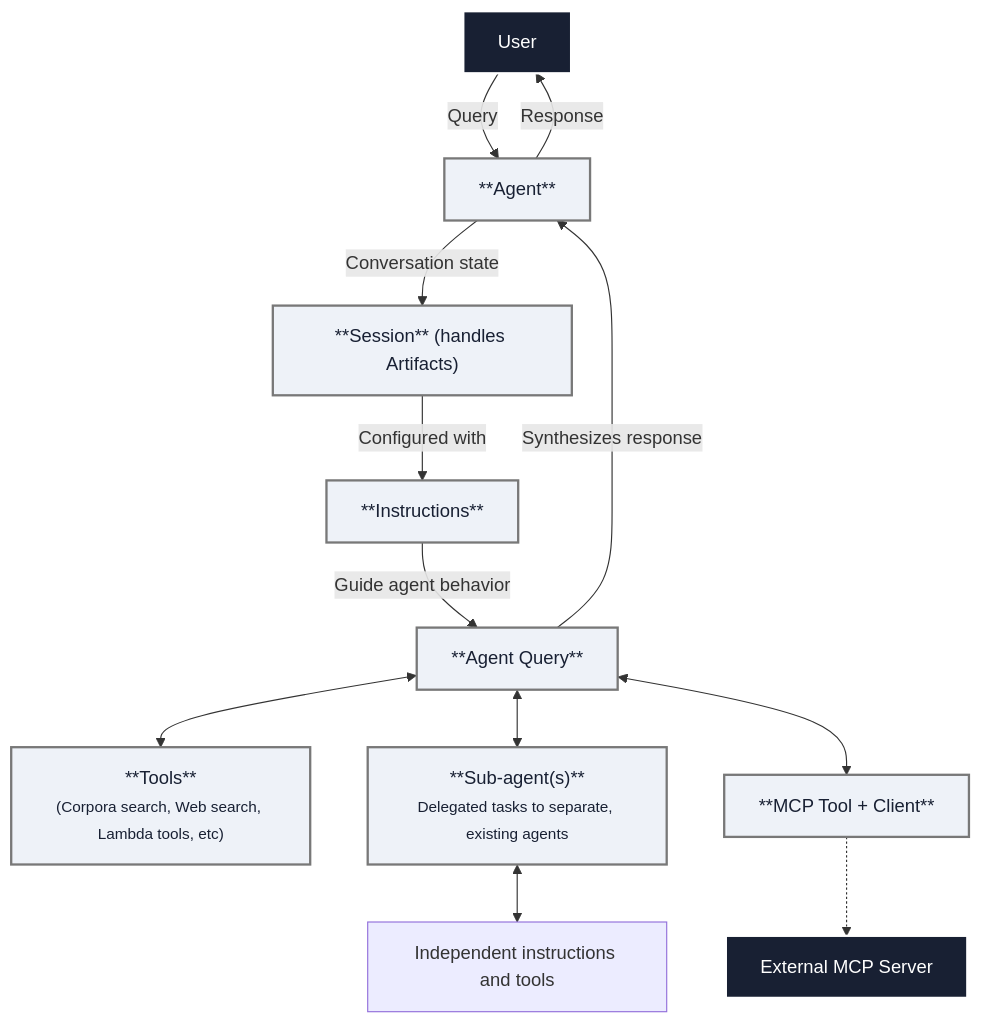
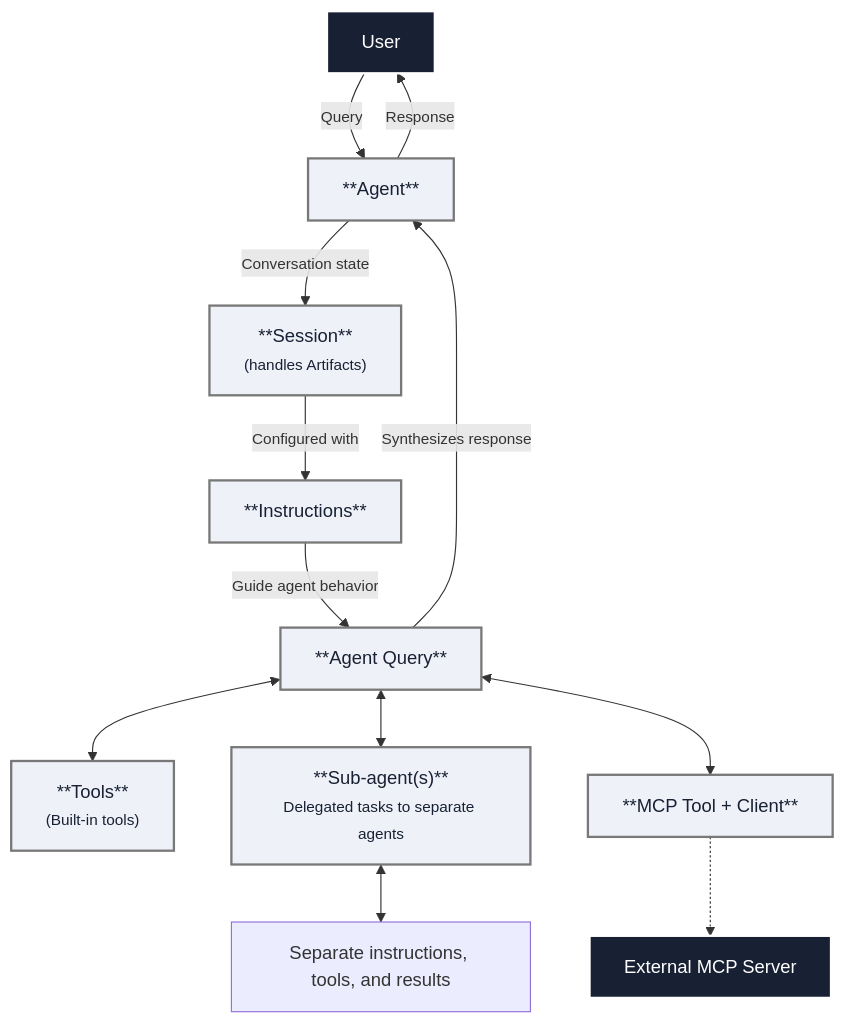
The diagram in www/docs/agents/agent-concepts.md (vectara/vectara-docs), drawn with Mermaid before and after one commit. The commit also changed other lines of this file and 3 other files, not shown here.

````diff
--- a/www/docs/agents/agent-concepts.md
+++ b/www/docs/agents/agent-concepts.md
@@ -20,56 +19,56 @@
 ```mermaid
 flowchart TD
     %% Nodes
     User["User"]
     Session["**Agent**"]
-    Agent["**Session** (handles Artifacts)"]
+    Agent["**Session**<br><small>(handles Artifacts)</small>"]
     Inst["**Instructions**"]
     Query["**Agent Query**"]
 
     %% Tools layer
-    AvailableTools["**Tools**<br/><small>(Corpora search, Web search, Lambda tools, etc)</small>"]
+    AvailableTools["**Tools**<br/><small>(Built-in tools)</small>"]
 
     %% Sub-agents
-    SubAgents["**Sub-agent(s)**<br/><small>Delegated tasks to separate, existing agents</small>"]
-    SubAgentTasks["Independent instructions and tools"]
+    SubAgents["**Sub-agent(s)**<br/><small>Delegated tasks to separate agents</small>"]
+    SubAgentTasks["Separate instructions, tools, and results"]
 
     %% MCP
     MCP["**MCP Tool + Client**"]
     ExtMCP["External MCP Server"]
 
     %% Core flow
-    User -->|Query| Session
-    Session -->|Conversation state| Agent
-    Agent --> |Configured with| Inst
-    Inst --> |Guide agent behavior| Query
+    User -->|<small>Query</small>| Session
+    Session -->|<small>Conversation state</small>| Agent
+    Agent --> |<small>Configured with</small>| Inst
+    Inst --> |<small>Guide agent behavior</small>| Query
 
     %% Tool execution paths
     Query <--> AvailableTools
     Query <--> SubAgents
     SubAgents <--> SubAgentTasks
 
     %% Optional MCP path (de-emphasized)
     Query <--> MCP
     MCP -.-> ExtMCP
 
     %% Return to user
-    Query -->|Synthesizes response| Session
-    Session -->|Response| User
+    Query -->|<small>Synthesizes response</small>| Session
+    Session -->|<small>Response</small>| User
 
     %% Classes for color grouping
     classDef userEntry fill:#182033,color:#fff,stroke:#fff,stroke-width:2px;
     classDef session fill:#EEF2F8,color:#182033,stroke:#787878,stroke-width:2px;
     classDef agentic fill:#EEF2F8,color:#182033,stroke:#787878,stroke-width:2px;
     classDef toolLayer fill:#EEF2F8,color:#182033,stroke:#787878,stroke-width:2px;
     classDef corpus fill:#E9368E,color:#fff,stroke:#E9368E,stroke-width:2px;
     classDef external fill:#182033,color:#fff,stroke:#fff,stroke-width:2px;
     classDef mcpTP fill:#EEF2F8,color:#182033,stroke:#787878,stroke-width:2px;
 
     %% Assign classes
     class User userEntry;
     class Session session;
     class Agent,Inst,Query agentic;
     class AvailableTools,SubAgents toolLayer;
     class ExtMCP external;
     class MCP mcpTP;
 ```
````
